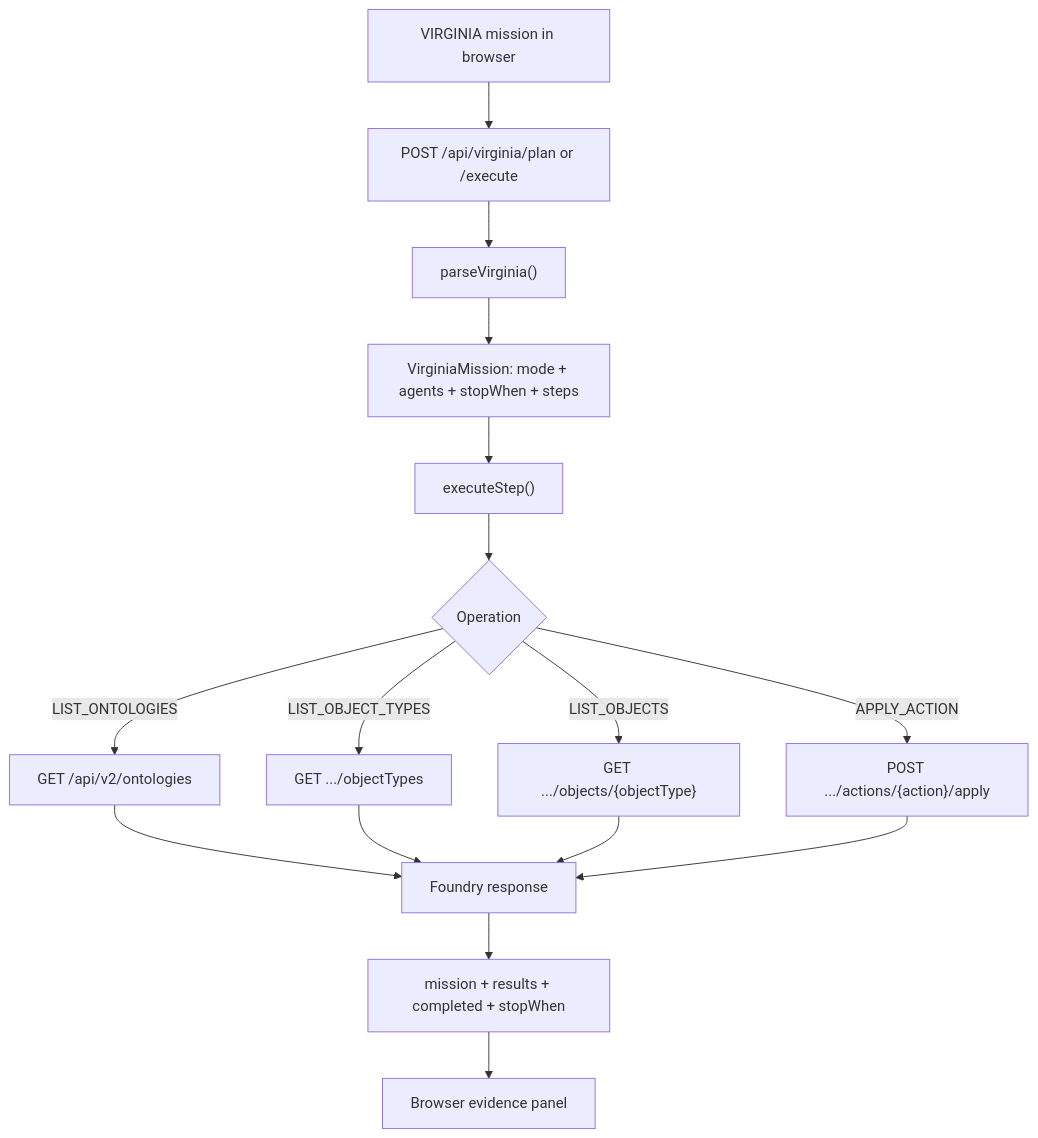
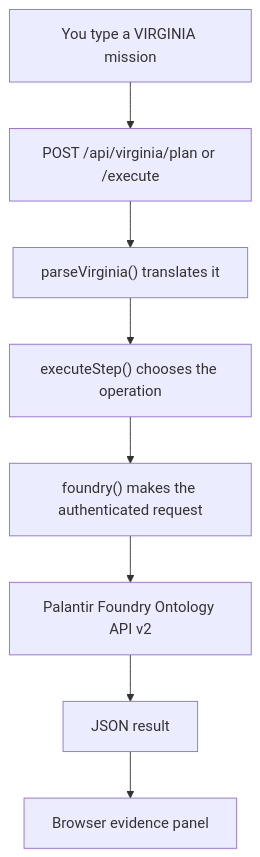
One commit to sonoxo/zyra changed the diagram in README.md. Above: the diagram before and after it, drawn with Mermaid. The commit also changed other lines of this file, not shown here.

````diff
--- a/README.md
+++ b/README.md
@@ -110,18 +185,10 @@
 ```mermaid
 flowchart TD
-    A["VIRGINIA mission in browser"] --> B["POST /api/virginia/plan or /execute"]
-    B --> C["parseVirginia()"]
-    C --> D["VirginiaMission: mode + agents + stopWhen + steps"]
-    D --> E["executeStep()"]
-    E --> F{"Operation"}
-    F -->|LIST_ONTOLOGIES| G["GET /api/v2/ontologies"]
-    F -->|LIST_OBJECT_TYPES| H["GET .../objectTypes"]
-    F -->|LIST_OBJECTS| I["GET .../objects/{objectType}"]
-    F -->|APPLY_ACTION| J["POST .../actions/{action}/apply"]
-    G --> K["Foundry response"]
-    H --> K
-    I --> K
-    J --> K
-    K --> L["mission + results + completed + stopWhen"]
-    L --> M["Browser evidence panel"]
+    A["You type a VIRGINIA mission"] --> B["POST /api/virginia/plan or /execute"]
+    B --> C["parseVirginia() translates it"]
+    C --> D["executeStep() chooses the operation"]
+    D --> E["foundry() makes the authenticated request"]
+    E --> F["Palantir Foundry Ontology API v2"]
+    F --> G["JSON result"]
+    G --> H["Browser evidence panel"]
 ```
````
